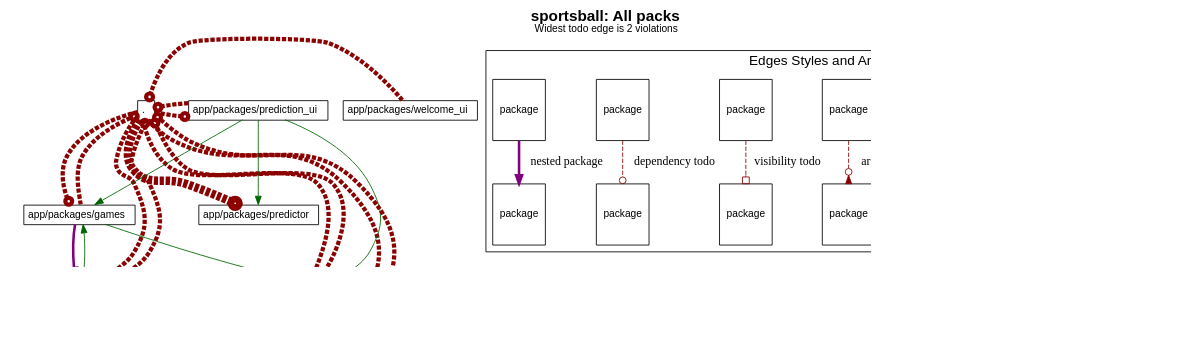
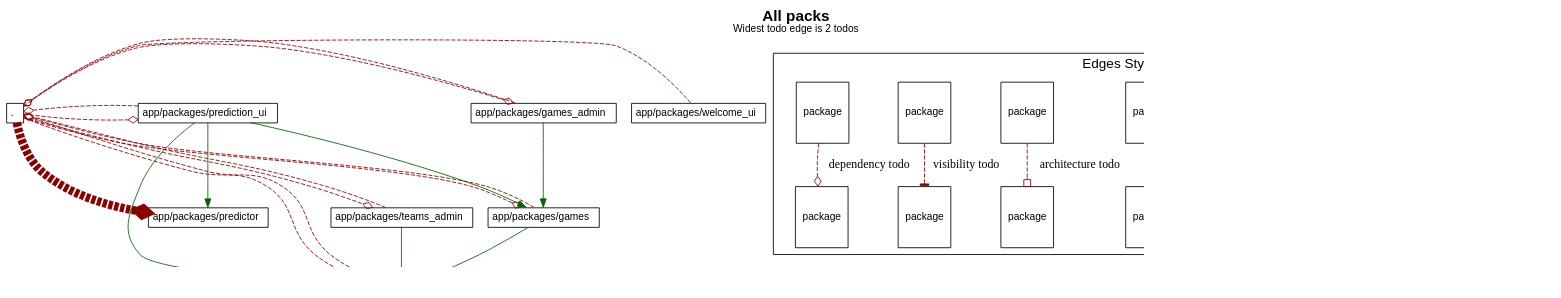
Before and after one commit to shageman/package-based-rails-applications-book: the diagram in c2s03/sportsball/diagrams/all_packs.dot, drawn with Graphviz. The commit also changed 6963 other files, not shown here.

```diff
--- a/c2s03/sportsball/diagrams/all_packs.dot
+++ b/c2s03/sportsball/diagrams/all_packs.dot
@@ -5,7 +5,7 @@
     fontname="Helvetica,Arial,sans-serif"
     dpi=100
     layout=dot
-    label=<<b>sportsball: All packs</b><br/><font point-size='12'>Widest todo edge is 2 violations</font>>
+    label=<<b>All packs</b><br/><font point-size='12'>Widest todo edge is 2 todos</font>>
     fontsize=18
   ]
   node [
@@ -103,95 +103,99 @@
           "app/packages/prediction_ui" -> "app/packages/predictor" [ color=darkgreen ]
           "app/packages/prediction_ui" -> "app/packages/teams" [ color=darkgreen ]
           "app/packages/teams_admin" -> "app/packages/teams" [ color=darkgreen ]
-            "." -> "app/packages/games" [ color=darkred style=dashed
-              constraint=false
+            "." -> "app/packages/games" [
+                constraint=false
               # headlabel="dependency"
-                arrowhead=odot
-              penwidth=5            ]
-            "." -> "app/packages/games_admin" [ color=darkred style=dashed
-              constraint=false
+color=darkred style=dashed arrowhead=odiamond
+              penwidth=1.0            ]
+            "." -> "app/packages/games_admin" [
+                constraint=false
               # headlabel="dependency"
-                arrowhead=odot
-              penwidth=5            ]
-            "." -> "app/packages/prediction_ui" [ color=darkred style=dashed
-              constraint=false
+color=darkred style=dashed arrowhead=odiamond
+              penwidth=1.0            ]
+            "." -> "app/packages/prediction_ui" [
+                constraint=false
               # headlabel="dependency"
-                arrowhead=odot
-              penwidth=5            ]
-            "." -> "app/packages/predictor" [ color=darkred style=dashed
-              constraint=false
+color=darkred style=dashed arrowhead=odiamond
+              penwidth=1.0            ]
+            "." -> "app/packages/predictor" [
+                constraint=false
               # headlabel="dependency"
-                arrowhead=odot
-              penwidth=10            ]
-            "." -> "app/packages/teams" [ color=darkred style=dashed
-              constraint=false
+color=darkred style=dashed arrowhead=odiamond
+              penwidth=10.0            ]
+            "." -> "app/packages/teams" [
+                constraint=false
               # headlabel="dependency"
-                arrowhead=odot
-              penwidth=5            ]
-            "." -> "app/packages/teams_admin" [ color=darkred style=dashed
-              constraint=false
+color=darkred style=dashed arrowhead=odiamond
+              penwidth=1.0            ]
+            "." -> "app/packages/teams_admin" [
+                constraint=false
               # headlabel="dependency"
-                arrowhead=odot
-              penwidth=5            ]
-            "app/packages/games" -> "." [ color=darkred style=dashed
-              constraint=false
+color=darkred style=dashed arrowhead=odiamond
+              penwidth=1.0            ]
+            "app/packages/games" -> "." [
+                constraint=false
               # headlabel="dependency"
-                arrowhead=odot
-              penwidth=5            ]
-            "app/packages/games_admin" -> "." [ color=darkred style=dashed
-              constraint=false
+color=darkred style=dashed arrowhead=odiamond
+              penwidth=1.0            ]
+            "app/packages/games_admin" -> "." [
+                constraint=false
               # headlabel="dependency"
-                arrowhead=odot
-              penwidth=5            ]
-            "app/packages/prediction_ui" -> "." [ color=darkred style=dashed
-              constraint=false
+color=darkred style=dashed arrowhead=odiamond
+              penwidth=1.0            ]
+            "app/packages/prediction_ui" -> "." [
+                constraint=false
               # headlabel="dependency"
-                arrowhead=odot
-              penwidth=5            ]
-            "app/packages/teams" -> "." [ color=darkred style=dashed
-              constraint=false
+color=darkred style=dashed arrowhead=odiamond
+              penwidth=1.0            ]
+            "app/packages/teams" -> "." [
+                constraint=false
               # headlabel="dependency"
-                arrowhead=odot
-              penwidth=5            ]
-            "app/packages/teams_admin" -> "." [ color=darkred style=dashed
-              constraint=false
+color=darkred style=dashed arrowhead=odiamond
+              penwidth=1.0            ]
+            "app/packages/teams_admin" -> "." [
+                constraint=false
               # headlabel="dependency"
-                arrowhead=odot
-              penwidth=5            ]
-            "app/packages/welcome_ui" -> "." [ color=darkred style=dashed
-              constraint=false
+color=darkred style=dashed arrowhead=odiamond
+              penwidth=1.0            ]
+            "app/packages/welcome_ui" -> "." [
+                constraint=false
               # headlabel="dependency"
-                arrowhead=odot
-              penwidth=5            ]
-        "app/packages/games" -> "app/packages/games_admin" [ color=purple penwidth=3 ]
-        "app/packages/teams" -> "app/packages/teams_admin" [ color=purple penwidth=3 ]
-  subgraph cluster_legend {
-    fontsize=16
-    label="Edges Styles and Arrow Heads"
-    A [ fontsize=12 shape=box label="package"]
-    B [ fontsize=12 shape=box label="package"]
-    C [ fontsize=12 shape=box label="package"]
-    D [ fontsize=12 shape=box label="package"]
-    E [ fontsize=12 shape=box label="package"]
-    F [ fontsize=12 shape=box label="package"]
-    G [ fontsize=12 shape=box label="package"]
-    H [ fontsize=12 shape=box label="package"]
-    I [ fontsize=12 shape=box label="package"]
-    J [ fontsize=12 shape=box label="package"]
-    K [ fontsize=12 shape=box label="package"]
-    L [ fontsize=12 shape=box label="package"]
-    A -> B [label="accepted dependency" color=darkgreen]
-    C -> D [label="privac todo" color=darkred style=dashed arrowhead=crow]
-    E -> F [label="architecture todo" color=darkred style=dashed arrowhead=invodot]
-    G -> H [label="visibility todo" color=darkred style=dashed arrowhead=obox]
-    I -> J [label="dependency todo" color=darkred style=dashed arrowhead=odot]
-    K -> L [label="nested package" color=purple penwidth=3]
-  }
+color=darkred style=dashed arrowhead=odiamond
+              penwidth=1.0            ]
+    subgraph cluster_legend {
+      fontsize=16
+      label="Edges Styles and Arrow Heads"
+      A [ fontsize=12 shape=box label="package"]
+      B [ fontsize=12 shape=box label="package"]
+      A -> B [label="accepted dependency" color=darkgreen]
+      K [ fontsize=12 shape=box label="package"]
+      L [ fontsize=12 shape=box label="package"]
+      K -> L [label="nested package" color=purple]
+      M [ fontsize=12 shape=box label="package"]
+      N [ fontsize=12 shape=box label="package"]
+      M -> N [label="visibile to" color=blue]
+      C [ fontsize=12 shape=box label="package"]
+      D [ fontsize=12 shape=box label="package"]
+      C -> D [label="privacy todo" color=darkred style=dashed arrowhead=crow]
+      E [ fontsize=12 shape=box label="package"]
+      F [ fontsize=12 shape=box label="package"]
+      E -> F [label="architecture todo" color=darkred style=dashed arrowhead=obox]
+      G [ fontsize=12 shape=box label="package"]
+      H [ fontsize=12 shape=box label="package"]
+      G -> H [label="visibility todo" color=darkred style=dashed arrowhead=tee]
+      I [ fontsize=12 shape=box label="package"]
+      J [ fontsize=12 shape=box label="package"]
+      I -> J [label="dependency todo" color=darkred style=dashed arrowhead=odiamond]
+      LEGEND_NODE_1 [ label="" peripheries=0 height=0 width=0 style=invis ]
+      LEGEND_NODE_2 [ label="" peripheries=0 height=0 width=0 style=invis ]
+      LEGEND_NODE_1 -> LEGEND_NODE_2 [ style=invis ]
+    }
   subgraph cluster_teams_legend {
     fontsize=16
     label="Team Colors"
 
 
   }
-  J -> "" [style=invis]
+    LEGEND_NODE_2 -> "" [style=invis]
 }
```
